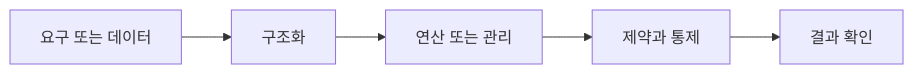
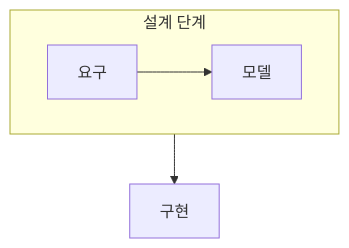
Before and after one commit to umyunsang/edu: the diagram in ComputerScience/05_software-engineering/database-systems/notes/08. 데이터베이스 설계.md, drawn with Mermaid. The commit also changed other lines of this file and 14 other files, not shown here.

````diff
--- a/ComputerScience/05_software-engineering/database-systems/notes/08. 데이터베이스 설계.md
+++ b/ComputerScience/05_software-engineering/database-systems/notes/08. 데이터베이스 설계.md
@@ -24,7 +21,8 @@
 ```mermaid
-flowchart LR
-    A["요구 또는 데이터"] --> B["구조화"]
-    B --> C["연산 또는 관리"]
-    C --> D["제약과 통제"]
-    D --> E["결과 확인"]
+flowchart TB
+    subgraph Design["설계 단계"]
+        direction LR
+        A[요구] --> B[모델]
+    end
+    Design --> C[구현]
 ```
````
